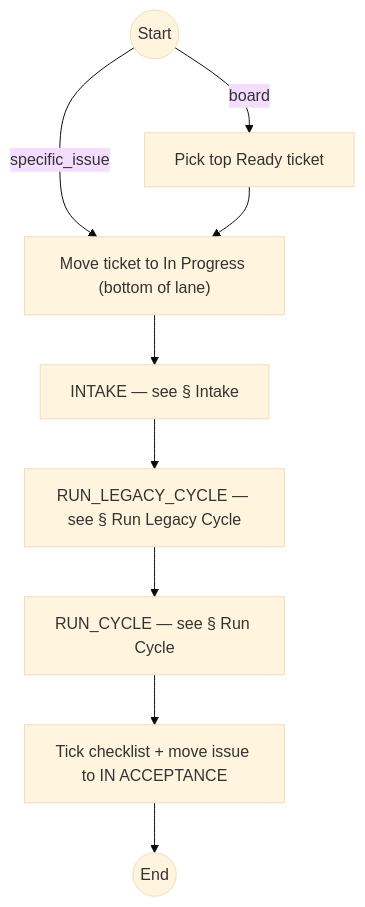
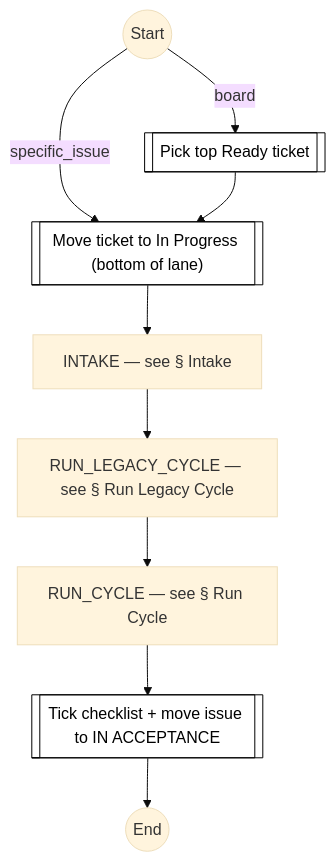
One commit to optivem/gh-optivem changed the first of 11 diagrams in docs/process-diagram.md. Above: the diagram before and after it, drawn with Mermaid (base theme). The commit also changed other lines of this file and 23 other files, not shown here.

````diff
--- a/docs/process-diagram.md
+++ b/docs/process-diagram.md
@@ -9,20 +9,23 @@
 ```mermaid
 flowchart TD
     END((End))
     INTAKE[INTAKE — see § Intake]
-    MOVE_TO_IN_PROGRESS["Move ticket to In Progress (bottom of lane)"]
-    PICK_TOP_READY[Pick top Ready ticket]
+    MOVE_TO_IN_PROGRESS[["Move ticket to In Progress (bottom of lane)"]]
+    PICK_TOP_READY[[Pick top Ready ticket]]
     RUN_CYCLE[RUN_CYCLE — see § Run Cycle]
     RUN_LEGACY_CYCLE[RUN_LEGACY_CYCLE — see § Run Legacy Cycle]
     START((Start))
-    TICKET_IN_ACCEPTANCE[Tick checklist + move issue to IN ACCEPTANCE]
+    TICKET_IN_ACCEPTANCE[[Tick checklist + move issue to IN ACCEPTANCE]]
 
     START -- board --> PICK_TOP_READY
     START -- specific_issue --> MOVE_TO_IN_PROGRESS
     PICK_TOP_READY --> MOVE_TO_IN_PROGRESS
     MOVE_TO_IN_PROGRESS --> INTAKE
     INTAKE --> RUN_LEGACY_CYCLE
     RUN_LEGACY_CYCLE --> RUN_CYCLE
     RUN_CYCLE --> TICKET_IN_ACCEPTANCE
     TICKET_IN_ACCEPTANCE --> END
+
+    classDef serviceNode fill:#ffffff,stroke:#000000,stroke-width:1px,color:#000000
+    class MOVE_TO_IN_PROGRESS,PICK_TOP_READY,TICKET_IN_ACCEPTANCE serviceNode
 ```
````
